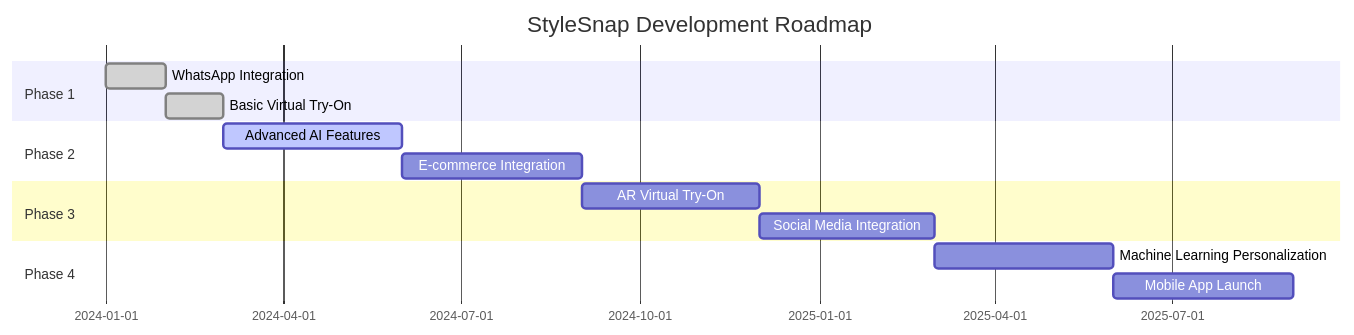
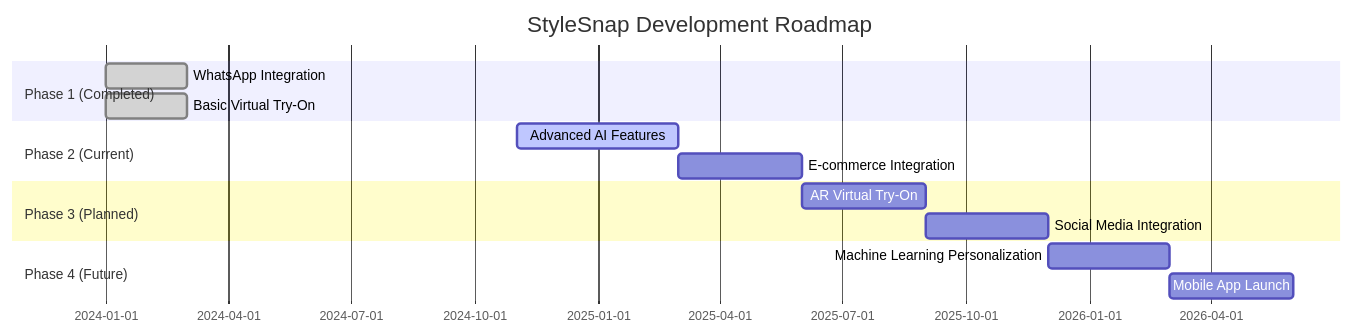
Before and after one commit to Yash-Kavaiya/StyleSnap: the sixth of 6 diagrams in README.md, drawn with Mermaid. The commit also changed other lines of this file, not shown here.

Commit message:
Address code review feedback - update contact info and roadmap dates

````diff
--- a/README.md
+++ b/README.md
@@ -343,17 +343,17 @@
 ```mermaid
 gantt
     title StyleSnap Development Roadmap
     dateFormat  YYYY-MM
-    section Phase 1
-    WhatsApp Integration       :done, 2024-01, 2024-02
-    Basic Virtual Try-On       :done, 2024-02, 2024-03
-    section Phase 2
-    Advanced AI Features       :active, 2024-03, 2024-06
-    E-commerce Integration     :2024-06, 2024-09
-    section Phase 3
-    AR Virtual Try-On         :2024-09, 2024-12
-    Social Media Integration  :2024-12, 2025-03
-    section Phase 4
-    Machine Learning Personalization :2025-03, 2025-06
-    Mobile App Launch         :2025-06, 2025-09
+    section Phase 1 (Completed)
+    WhatsApp Integration       :done, 2024-01, 2024-03
+    Basic Virtual Try-On       :done, 2024-01, 2024-03
+    section Phase 2 (Current)
+    Advanced AI Features       :active, 2024-11, 2025-03
+    E-commerce Integration     :2025-03, 2025-06
+    section Phase 3 (Planned)
+    AR Virtual Try-On         :2025-06, 2025-09
+    Social Media Integration  :2025-09, 2025-12
+    section Phase 4 (Future)
+    Machine Learning Personalization :2025-12, 2026-03
+    Mobile App Launch         :2026-03, 2026-06
 ```
````
